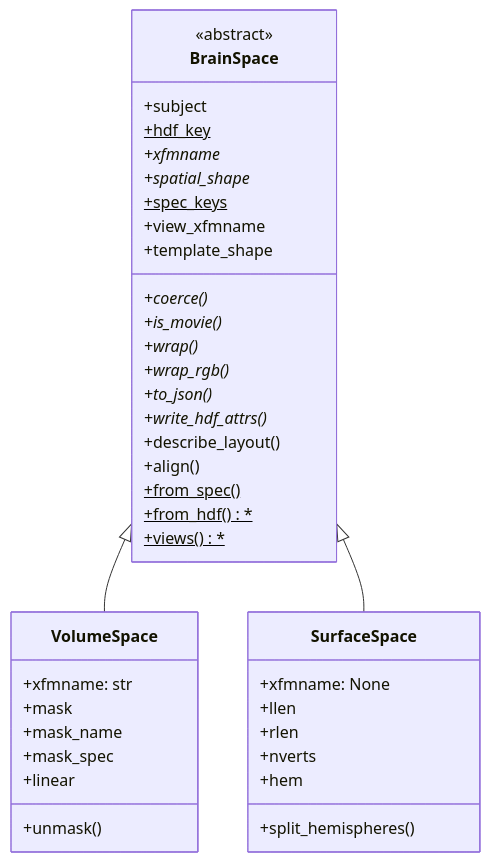
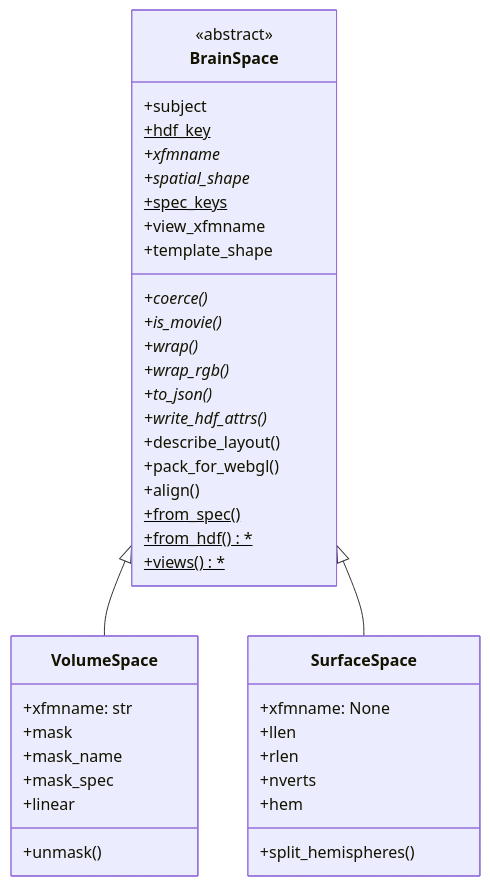
The second of 2 diagrams in cortex/dataset/INHERITANCE.md (kroq-gar78/pycortex), drawn with Mermaid before and after one commit. The commit also changed other lines of this file, not shown here.

````diff
--- a/cortex/dataset/INHERITANCE.md
+++ b/cortex/dataset/INHERITANCE.md
@@ -231,43 +231,44 @@
 ```mermaid
 classDiagram
     direction TB
     class BrainSpace {
         <<abstract>>
         +subject
         +hdf_key$
         +xfmname*
         +coerce()*
         +is_movie()*
         +spatial_shape*
         +wrap()*
         +wrap_rgb()*
         +to_json()*
         +write_hdf_attrs()*
         +spec_keys$
         +view_xfmname
         +template_shape
         +describe_layout()
+        +pack_for_webgl()
         +align()
         +from_spec()$
         +from_hdf()$*
         +views()$*
     }
     class VolumeSpace {
         +xfmname: str
         +mask
         +mask_name
         +mask_spec
         +linear
         +unmask()
     }
     class SurfaceSpace {
         +xfmname: None
         +llen
         +rlen
         +nverts
         +hem
         +split_hemispheres()
     }
     BrainSpace <|-- VolumeSpace
     BrainSpace <|-- SurfaceSpace
 ```
````
